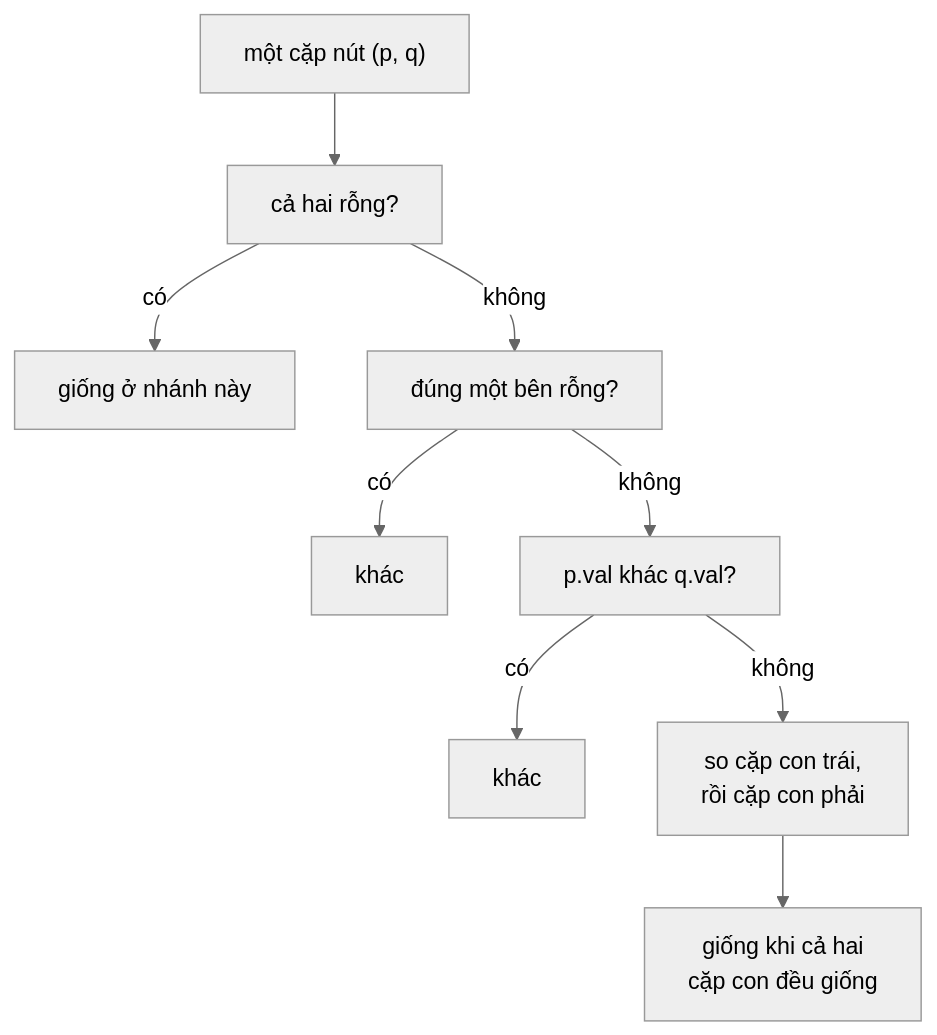
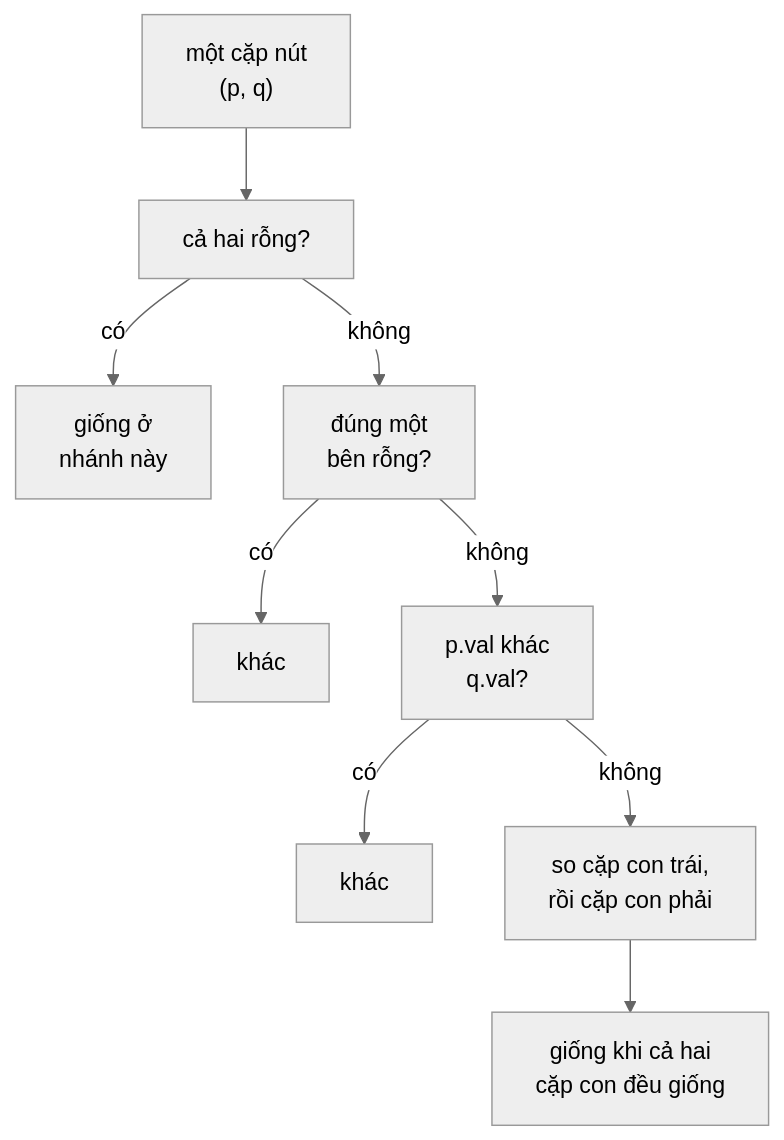
One commit to duongbui234/software-engineering-atlas changed the first of 2 diagrams in content/problems/same-tree.md. Above: the diagram before and after it, drawn with Mermaid (neutral theme). The commit also changed other lines of this file and 134 other files, not shown here.

First line of the commit message:
Fit every Mermaid diagram at 390px without sideways scroll (#56)

````diff
--- a/content/problems/same-tree.md
+++ b/content/problems/same-tree.md
@@ -53,11 +53,11 @@
 ```mermaid
 flowchart TB
-  S["một cặp nút (p, q)"] --> A["cả hai rỗng?"]
-  A -- "có" --> T1["giống ở nhánh này"]
-  A -- "không" --> B["đúng một bên rỗng?"]
+  S["một cặp nút<br/>(p, q)"] --> A["cả hai rỗng?"]
+  A -- "có" --> T1["giống ở<br/>nhánh này"]
+  A -- "không" --> B["đúng một<br/>bên rỗng?"]
   B -- "có" --> F1["khác"]
-  B -- "không" --> C["p.val khác q.val?"]
+  B -- "không" --> C["p.val khác<br/>q.val?"]
   C -- "có" --> F2["khác"]
   C -- "không" --> D["so cặp con trái,<br/>rồi cặp con phải"]
   D --> E["giống khi cả hai<br/>cặp con đều giống"]
 ```
````
